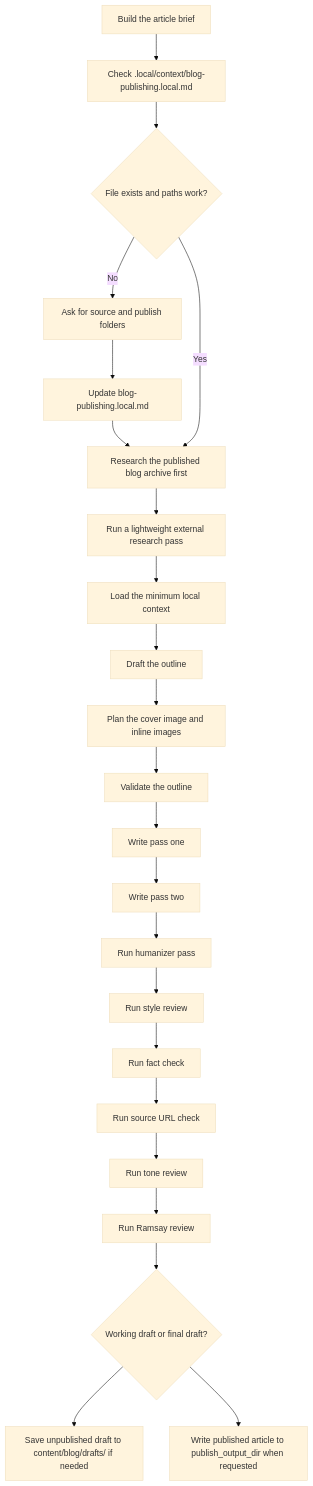
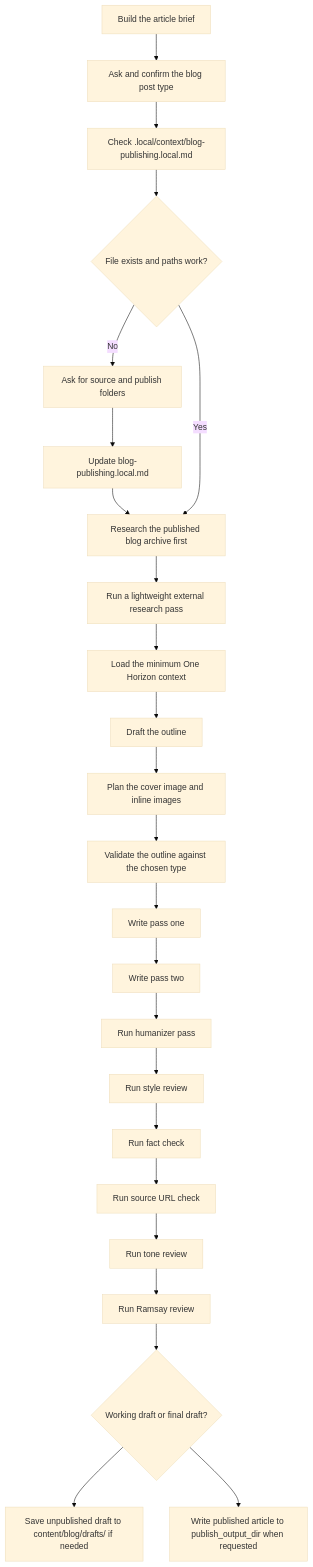
Before and after one commit to onehorizonai/ink: the second of 2 diagrams in README.md, drawn with Mermaid (base theme). The commit also changed other lines of this file and 44 other files, not shown here.

````diff
--- a/README.md
+++ b/README.md
@@ -233,25 +267,26 @@
 ```mermaid
 flowchart TD
-    A["Build the article brief"] --> B["Check .local/context/blog-publishing.local.md"]
-    B --> C{"File exists and paths work?"}
-    C -- "No" --> D["Ask for source and publish folders"]
-    D --> E["Update blog-publishing.local.md"]
-    E --> F["Research the published blog archive first"]
-    C -- "Yes" --> F
-    F --> G["Run a lightweight external research pass"]
-    G --> H["Load the minimum local context"]
-    H --> I["Draft the outline"]
-    I --> J["Plan the cover image and inline images"]
-    J --> K["Validate the outline"]
-    K --> L["Write pass one"]
-    L --> M["Write pass two"]
-    M --> N["Run humanizer pass"]
-    N --> O["Run style review"]
-    O --> P["Run fact check"]
-    P --> Q["Run source URL check"]
-    Q --> R["Run tone review"]
-    R --> S["Run Ramsay review"]
-    S --> T{"Working draft or final draft?"}
-    T --> U["Save unpublished draft to content/blog/drafts/ if needed"]
-    T --> V["Write published article to publish_output_dir when requested"]
+    A["Build the article brief"] --> B["Ask and confirm the blog post type"]
+    B --> C["Check .local/context/blog-publishing.local.md"]
+    C --> D{"File exists and paths work?"}
+    D -- "No" --> E["Ask for source and publish folders"]
+    E --> F["Update blog-publishing.local.md"]
+    F --> G["Research the published blog archive first"]
+    D -- "Yes" --> G
+    G --> H["Run a lightweight external research pass"]
+    H --> I["Load the minimum One Horizon context"]
+    I --> J["Draft the outline"]
+    J --> K["Plan the cover image and inline images"]
+    K --> L["Validate the outline against the chosen type"]
+    L --> M["Write pass one"]
+    M --> N["Write pass two"]
+    N --> O["Run humanizer pass"]
+    O --> P["Run style review"]
+    P --> Q["Run fact check"]
+    Q --> R["Run source URL check"]
+    R --> S["Run tone review"]
+    S --> T["Run Ramsay review"]
+    T --> U{"Working draft or final draft?"}
+    U --> V["Save unpublished draft to content/blog/drafts/ if needed"]
+    U --> W["Write published article to publish_output_dir when requested"]
 ```
````
